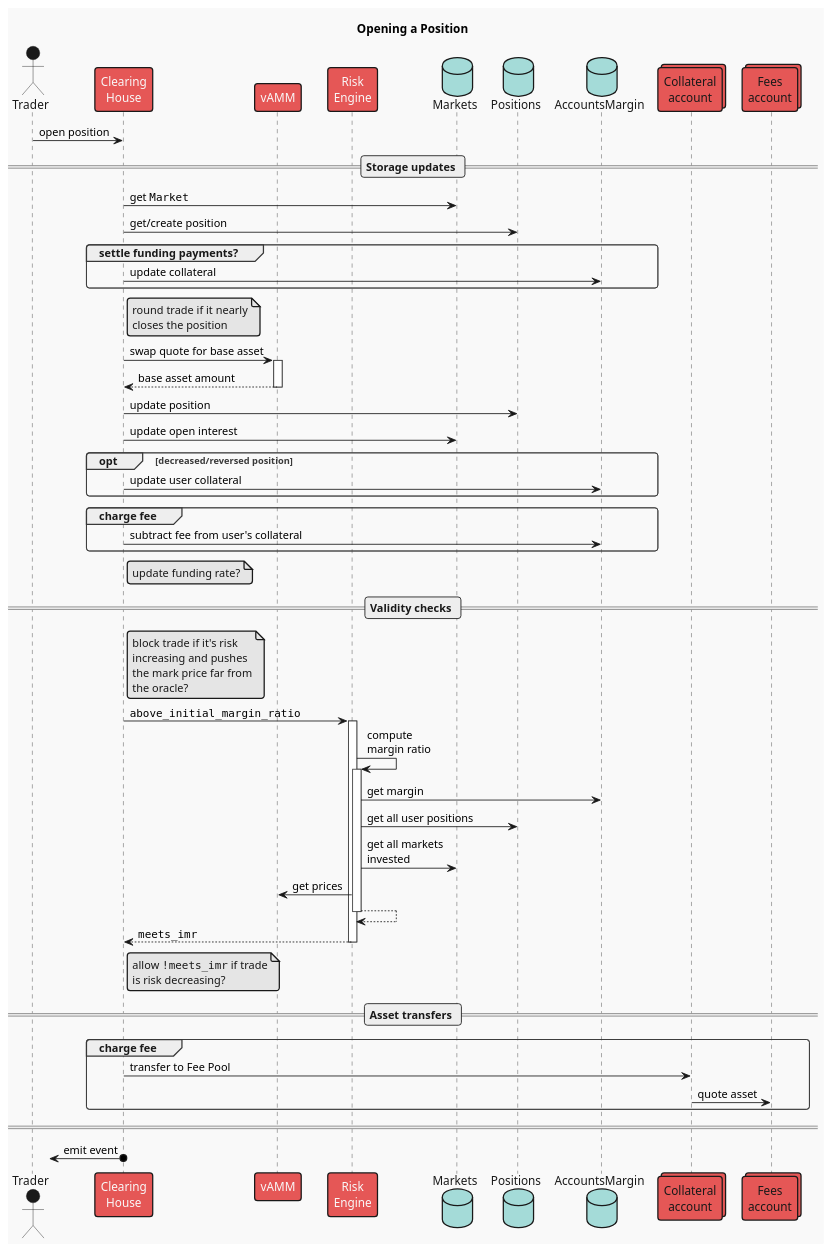
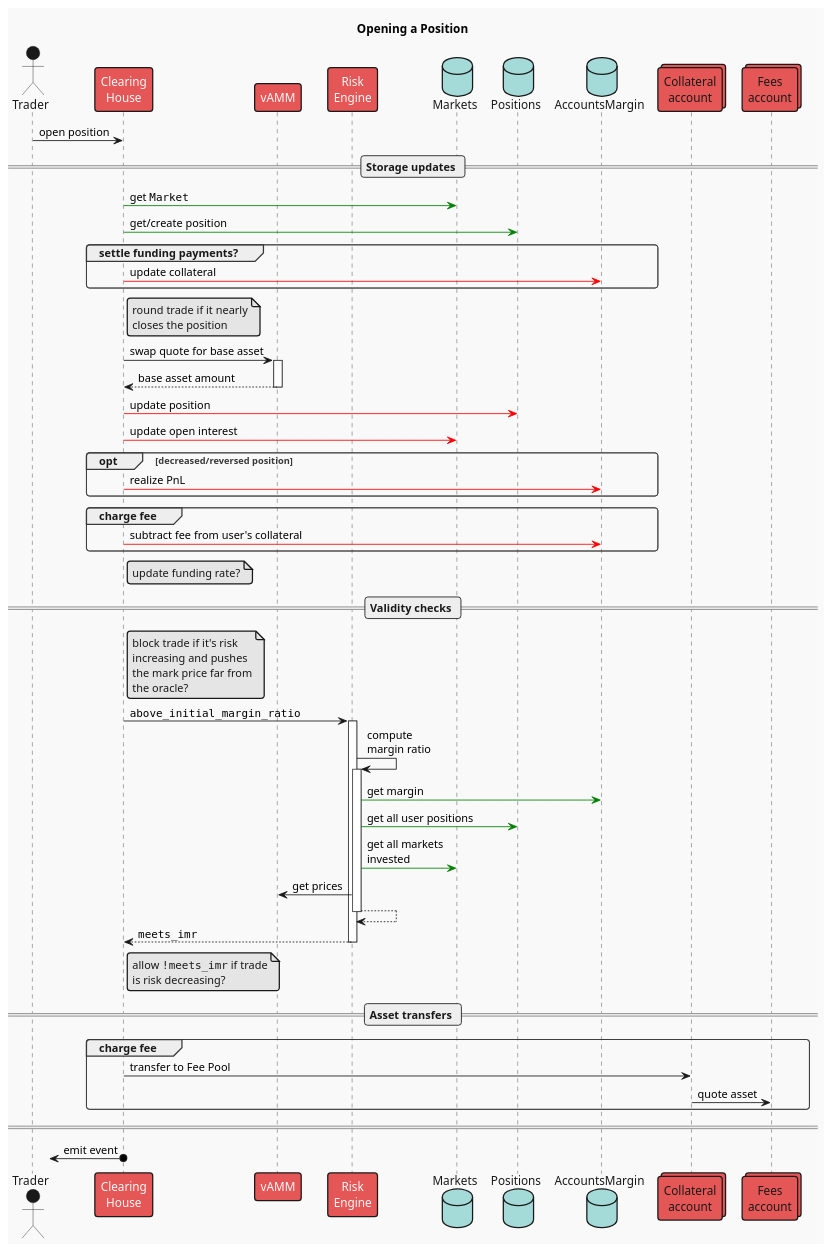
One commit to ComposableFi/composable changed the diagram in frame/clearing-house/diagrams/open-position.plantuml. Above: the diagram before and after it, drawn with PlantUML. The commit also changed 6 other files, not shown here.

Commit message:
docs(CH): color-code storage updates in seq diagrams

```diff
--- a/frame/clearing-house/diagrams/open-position.plantuml
+++ b/frame/clearing-house/diagrams/open-position.plantuml
@@ -1,86 +1,86 @@
 @startuml open_position
 !theme mars
 skinparam responseMessageBelowArrow true
 
 title Opening a Position
 
 actor "Trader" as user
 participant "Clearing\nHouse" as ch
 participant "vAMM" as vamm
 participant "Risk\nEngine" as risk
 database "Markets" as mkts
 database "Positions" as positions
 database "AccountsMargin" as accs
 collections "Collateral\naccount" as vault
 collections "Fees\naccount" as fees
 
 user -> ch : open position
 
 == Storage updates ==
 
-ch -> mkts : get ""Market""
-ch -> positions : get/create position
+ch -[#green]> mkts : get ""Market""
+ch -[#green]> positions : get/create position
 'note right CH: compute quote asset\nnotional amount
 
 group settle funding payments?
-ch -> accs : update collateral
+ch -[#red]> accs : update collateral
 end
 
 note right ch
 round trade if it nearly
 closes the position
 end note
 ch -> vamm ++ : swap quote for base asset
 return base asset amount
 
-ch -> positions : update position
-ch -> mkts : update open interest
+ch -[#red]> positions : update position
+ch -[#red]> mkts : update open interest
 
 
 opt decreased/reversed position
-ch -> accs : update user collateral
+ch -[#red]> accs : realize PnL
 end
 
 group charge fee
-ch -> accs : subtract fee from user's collateral
+ch -[#red]> accs : subtract fee from user's collateral
 end
 
 note right ch
 update funding rate?
 end note
 
 == Validity checks ==
 
 note right ch
 block trade if it's risk
 increasing and pushes
 the mark price far from
 the oracle?
 end note
 
 'RiskEngine
 ch -> risk ++: ""above_initial_margin_ratio""
     risk -> risk ++: compute\nmargin ratio
-        risk -> accs : get margin
-        risk -> positions : get all user positions
-        risk -> mkts : get all markets\ninvested
+        risk -[#green]> accs : get margin
+        risk -[#green]> positions : get all user positions
+        risk -[#green]> mkts : get all markets\ninvested
         risk -> vamm : get prices
     return
 return ""meets_imr""
 
 note right ch
 allow ""!meets_imr"" if trade
 is risk decreasing?
 end note
 
 == Asset transfers ==
 
 group charge fee
 ch -> vault : transfer to Fee Pool
 vault -> fees : quote asset
 end
 
 ====
 
 ?<-o ch : emit event
 @enduml
```
